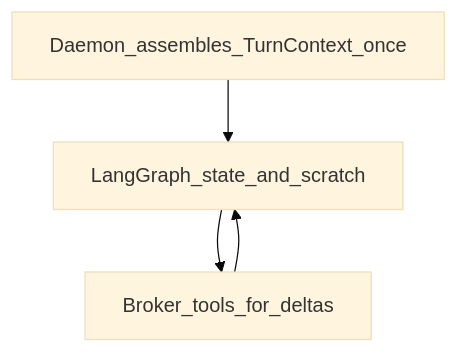
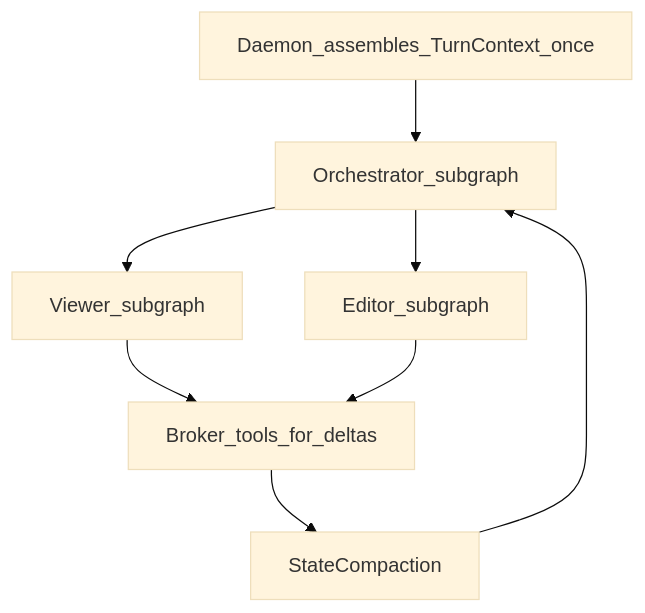
Before and after one commit to thsfranca/rex: the diagram in sidecars/rex-agent/DESIGN.md, drawn with Mermaid (base theme). The commit also changed other lines of this file and 8 other files, not shown here.

First line of the commit message:
docs: add agent graph architecture hub and R027–R033 roadmap

````diff
--- a/sidecars/rex-agent/DESIGN.md
+++ b/sidecars/rex-agent/DESIGN.md
@@ -30,9 +32,16 @@
 ```mermaid
 flowchart TB
   DaemonAssemble[Daemon_assembles_TurnContext_once]
-  Graph[LangGraph_state_and_scratch]
+  Orch[Orchestrator_subgraph]
+  Viewer[Viewer_subgraph]
+  Editor[Editor_subgraph]
+  Compact[StateCompaction]
   Tools[Broker_tools_for_deltas]
-  DaemonAssemble --> Graph
-  Graph --> Tools
-  Tools --> Graph
+  DaemonAssemble --> Orch
+  Orch --> Viewer
+  Orch --> Editor
+  Viewer --> Tools
+  Editor --> Tools
+  Tools --> Compact
+  Compact --> Orch
 ```
````
